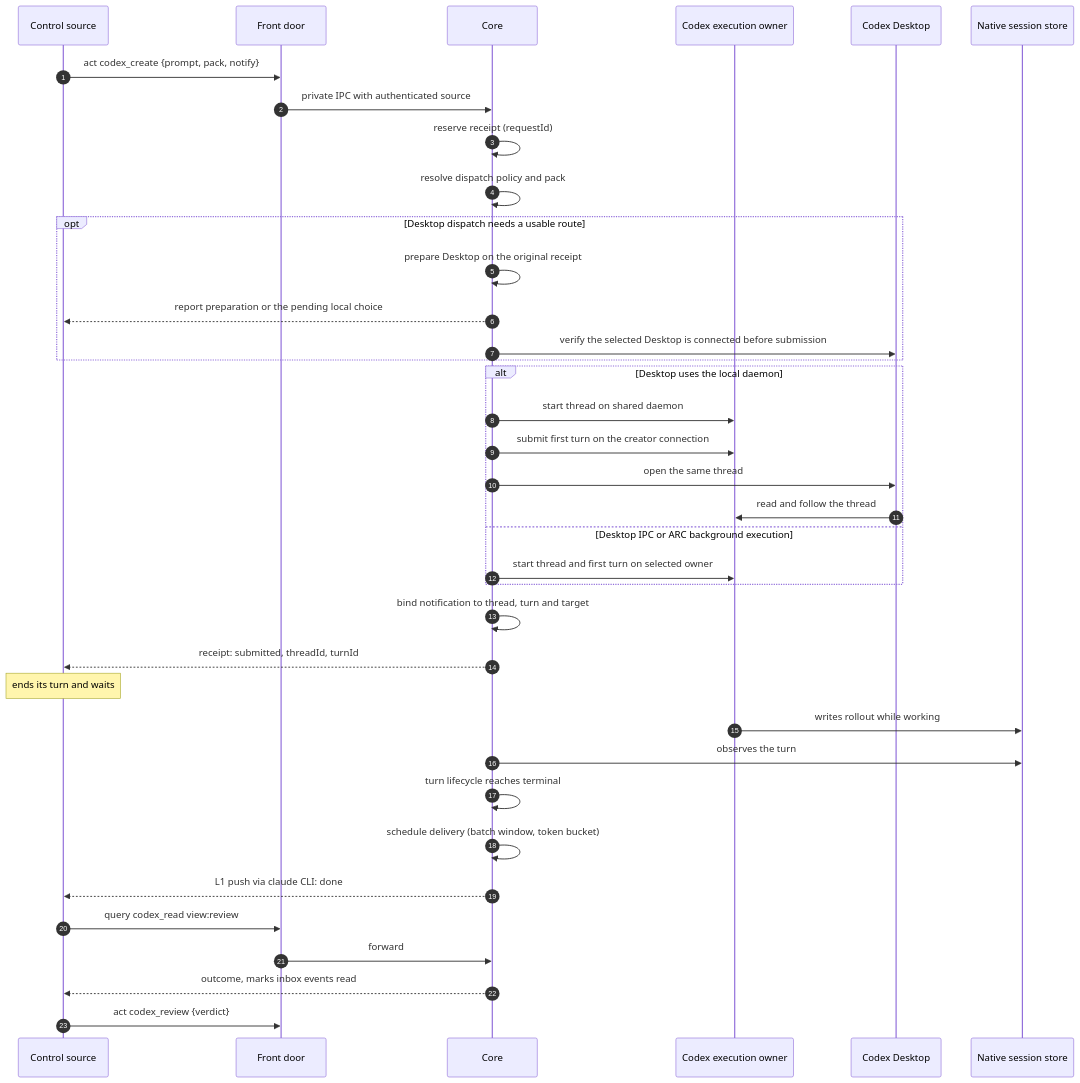
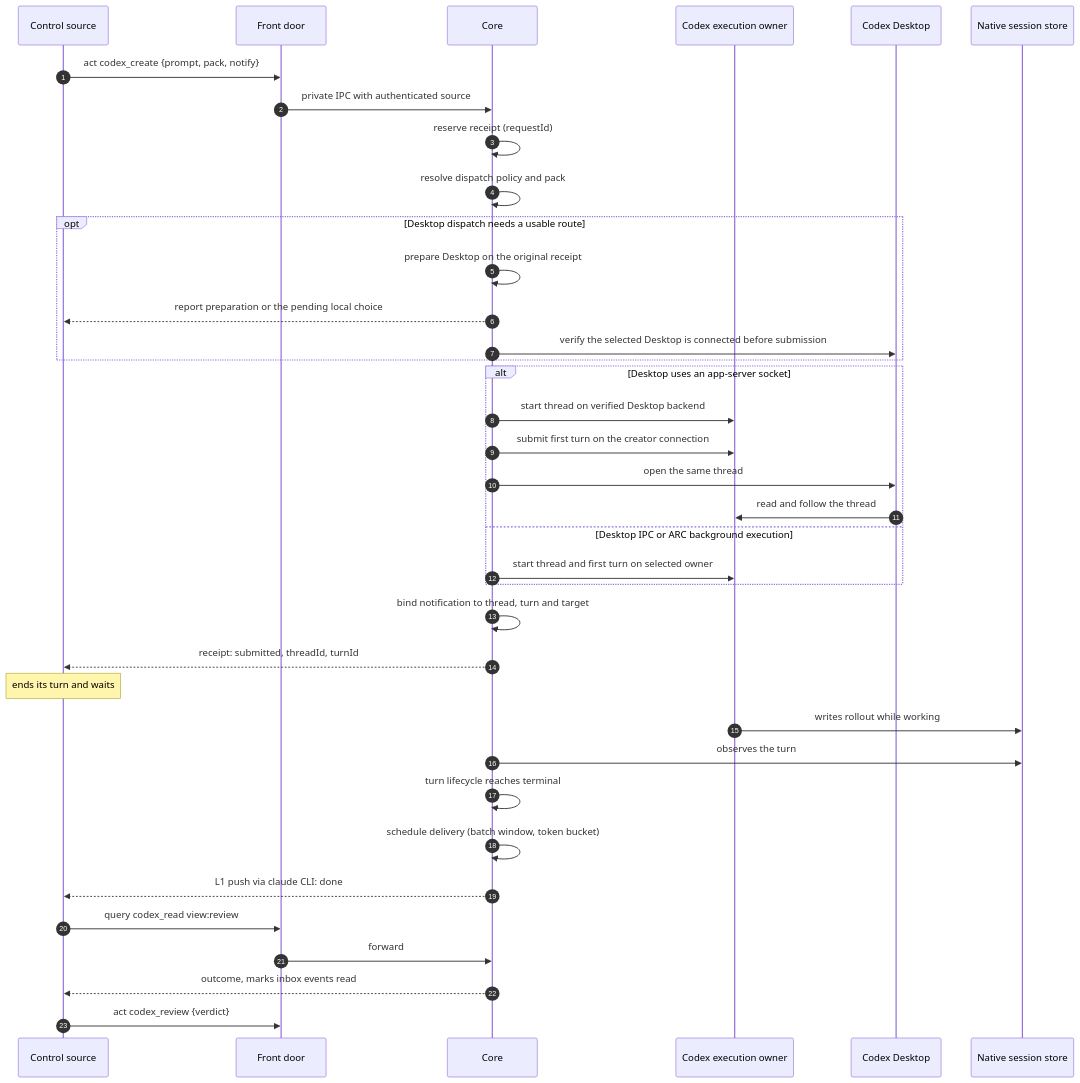
Before and after one commit to whzxc/agent-remote-control: the diagram in arch/mechanisms/main-loop.mmd, drawn with Mermaid. The commit also changed 25 other files, not shown here.

Commit message:
feat(codex): run independent Desktop tasks on the detached ARC backend

```diff
--- a/arch/mechanisms/main-loop.mmd
+++ b/arch/mechanisms/main-loop.mmd
@@ -1,39 +1,39 @@
 %% Main loop (layer 2): one Codex dispatch from submission through push to review.
 %% Index and code mapping: docs/dev/arch-assets.md
 sequenceDiagram
   autonumber
   participant S as Control source
   participant F as Front door
   participant C as Core
   participant X as Codex execution owner
   participant D as Codex Desktop
   participant N as Native session store
   S->>F: act codex_create {prompt, pack, notify}
   F->>C: private IPC with authenticated source
   C->>C: reserve receipt (requestId)
   C->>C: resolve dispatch policy and pack
   opt Desktop dispatch needs a usable route
     C->>C: prepare Desktop on the original receipt
     C-->>S: report preparation or the pending local choice
     C->>D: verify the selected Desktop is connected before submission
   end
-  alt Desktop uses the local daemon
-    C->>X: start thread on shared daemon
+  alt Desktop uses an app-server socket
+    C->>X: start thread on verified Desktop backend
     C->>X: submit first turn on the creator connection
     C->>D: open the same thread
     D->>X: read and follow the thread
   else Desktop IPC or ARC background execution
     C->>X: start thread and first turn on selected owner
   end
   C->>C: bind notification to thread, turn and target
   C-->>S: receipt: submitted, threadId, turnId
   Note over S: ends its turn and waits
   X->>N: writes rollout while working
   C->>N: observes the turn
   C->>C: turn lifecycle reaches terminal
   C->>C: schedule delivery (batch window, token bucket)
   C-->>S: L1 push via claude CLI: done
   S->>F: query codex_read view:review
   F->>C: forward
   C-->>S: outcome, marks inbox events read
   S->>F: act codex_review {verdict}
```
